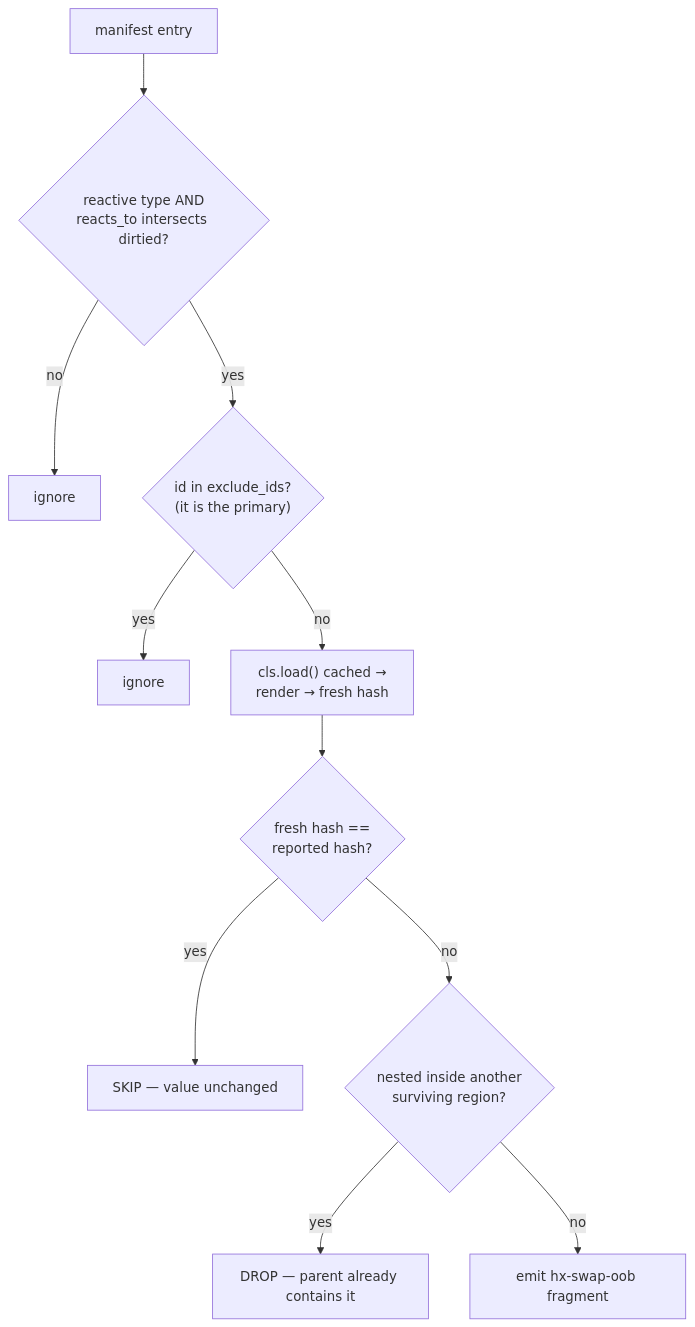
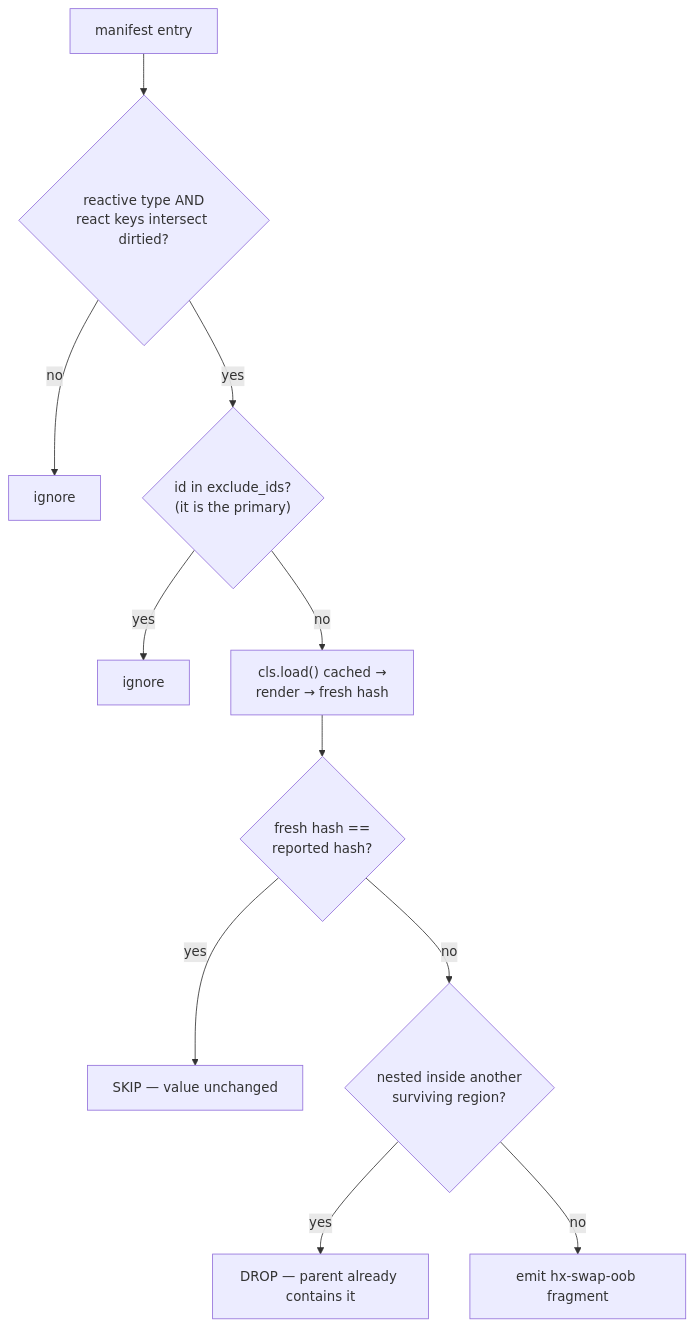
One commit to paulomtts/pyjinhx changed the diagram in docs/reactivity.md. Above: the diagram before and after it, drawn with Mermaid. The commit also changed other lines of this file and 38 other files, not shown here.

First line of the commit message:
Replace reacts_to with the react class keyword (breaking)

````diff
--- a/docs/reactivity.md
+++ b/docs/reactivity.md
@@ -485,13 +493,13 @@
 ```mermaid
 flowchart TD
-    M["manifest entry"] --> F{"reactive type AND<br/>reacts_to intersects dirtied?"}
+    M["manifest entry"] --> F{"reactive type AND<br/>react keys intersect dirtied?"}
     F -->|no| X1["ignore"]
     F -->|yes| EX{"id in exclude_ids?<br/>(it is the primary)"}
     EX -->|yes| X2["ignore"]
     EX -->|no| LOAD["cls.load() cached →<br/>render → fresh hash"]
     LOAD --> GATE{"fresh hash ==<br/>reported hash?"}
     GATE -->|yes| X3["SKIP — value unchanged"]
     GATE -->|no| DED{"nested inside another<br/>surviving region?"}
     DED -->|yes| X4["DROP — parent already contains it"]
     DED -->|no| EMIT["emit hx-swap-oob fragment"]
 ```
````
